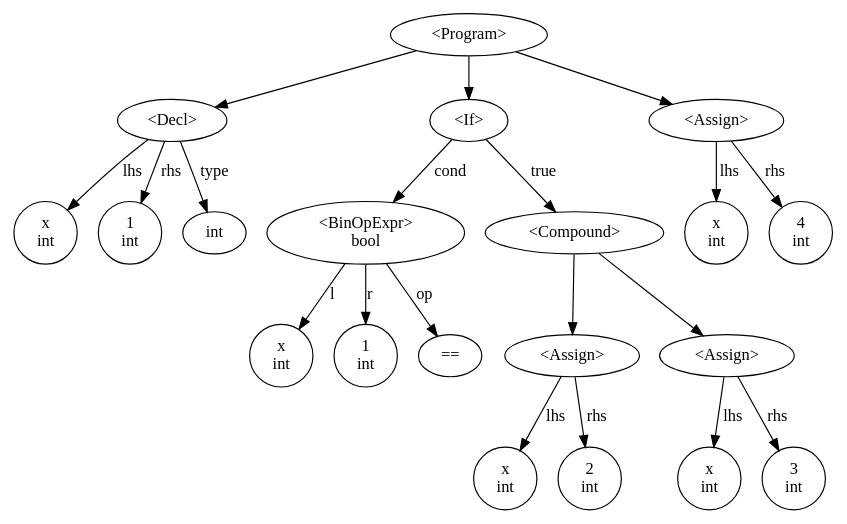
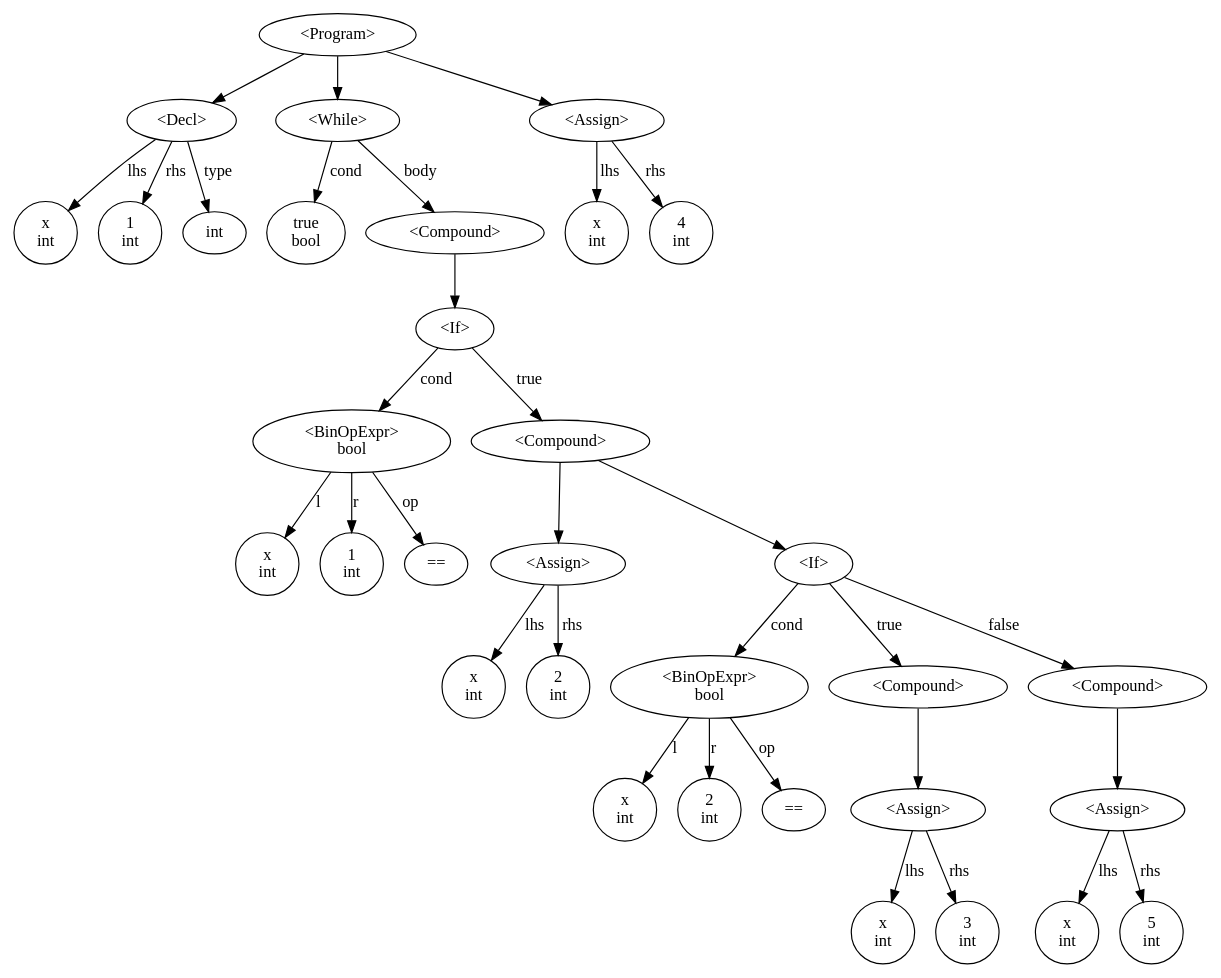
The diagram in ast.dot (timll/while-analysis), drawn with Graphviz before and after one commit. The commit also changed 7 other files, not shown here.

```diff
--- a/ast.dot
+++ b/ast.dot
@@ -1,52 +1,84 @@
 digraph {
-n16952144[label="x
+n19360912[label="x
 int"];
-n16952560[label="1
+n19361328[label="1
 int"];
-n16952624[label="<Decl>"];
-n16952624type[label="int"];
-n16952912[label="x
+n19361392[label="<Decl>"];
+n19361392type[label="int"];
+n19361696[label="true
+bool"];
+n19362016[label="x
 int"];
-n16953088[label="1
+n19362192[label="1
 int"];
-n16953152[label="<BinOpExpr>
+n19362256[label="<BinOpExpr>
 bool"];
-n16953152op[label="=="];
-n16953392[label="x
+n19362256op[label="=="];
+n19362496[label="x
 int"];
-n16953568[label="2
+n19362672[label="2
 int"];
-n16950384[label="<Assign>"];
-n16953760[label="x
+n19362736[label="<Assign>"];
+n19363024[label="x
 int"];
-n16953984[label="3
+n19363200[label="2
 int"];
-n16952288[label="<Assign>"];
-n16953328[label="<Compound>"];
-n16954144[label="<If>"];
-n16954240[label="x
+n19363264[label="<BinOpExpr>
+bool"];
+n19363264op[label="=="];
+n19363504[label="x
 int"];
-n16954464[label="4
+n19363680[label="3
 int"];
-n16952336[label="<Assign>"];
-n16951952[label="<Program>"];
-n16952624->n16952144[label="lhs"];
-n16952624->n16952560[label="rhs"];
-n16952624->n16952624type[label="type"];
-n16953152->n16952912[label="l"];
-n16953152->n16953152op[label="op"];
-n16953152->n16953088[label="r"];
-n16950384->n16953392[label="lhs"];
-n16950384->n16953568[label="rhs"];
-n16952288->n16953760[label="lhs"];
-n16952288->n16953984[label="rhs"];
-n16953328->n16950384[label=""];
-n16953328->n16952288[label=""];
-n16954144->n16953152[label="cond"];
-n16954144->n16953328[label="true"];
-n16952336->n16954240[label="lhs"];
-n16952336->n16954464[label="rhs"];
-n16951952->n16952624[label=""];
-n16951952->n16954144[label=""];
-n16951952->n16952336[label=""];
+n19363744[label="<Assign>"];
+n19363440[label="<Compound>"];
+n19364096[label="x
+int"];
+n19364272[label="5
+int"];
+n19364336[label="<Assign>"];
+n19364032[label="<Compound>"];
+n19364496[label="<If>"];
+n19362432[label="<Compound>"];
+n19364608[label="<If>"];
+n19361856[label="<Compound>"];
+n19364784[label="<While>"];
+n19364880[label="x
+int"];
+n19365056[label="4
+int"];
+n19365120[label="<Assign>"];
+n19360720[label="<Program>"];
+n19361392->n19360912[label="lhs"];
+n19361392->n19361328[label="rhs"];
+n19361392->n19361392type[label="type"];
+n19362256->n19362016[label="l"];
+n19362256->n19362256op[label="op"];
+n19362256->n19362192[label="r"];
+n19362736->n19362496[label="lhs"];
+n19362736->n19362672[label="rhs"];
+n19363264->n19363024[label="l"];
+n19363264->n19363264op[label="op"];
+n19363264->n19363200[label="r"];
+n19363744->n19363504[label="lhs"];
+n19363744->n19363680[label="rhs"];
+n19363440->n19363744[label=""];
+n19364336->n19364096[label="lhs"];
+n19364336->n19364272[label="rhs"];
+n19364032->n19364336[label=""];
+n19364496->n19363264[label="cond"];
+n19364496->n19363440[label="true"];
+n19364496->n19364032[label="false"];
+n19362432->n19362736[label=""];
+n19362432->n19364496[label=""];
+n19364608->n19362256[label="cond"];
+n19364608->n19362432[label="true"];
+n19361856->n19364608[label=""];
+n19364784->n19361696[label="cond"];
+n19364784->n19361856[label="body"];
+n19365120->n19364880[label="lhs"];
+n19365120->n19365056[label="rhs"];
+n19360720->n19361392[label=""];
+n19360720->n19364784[label=""];
+n19360720->n19365120[label=""];
 }
```
